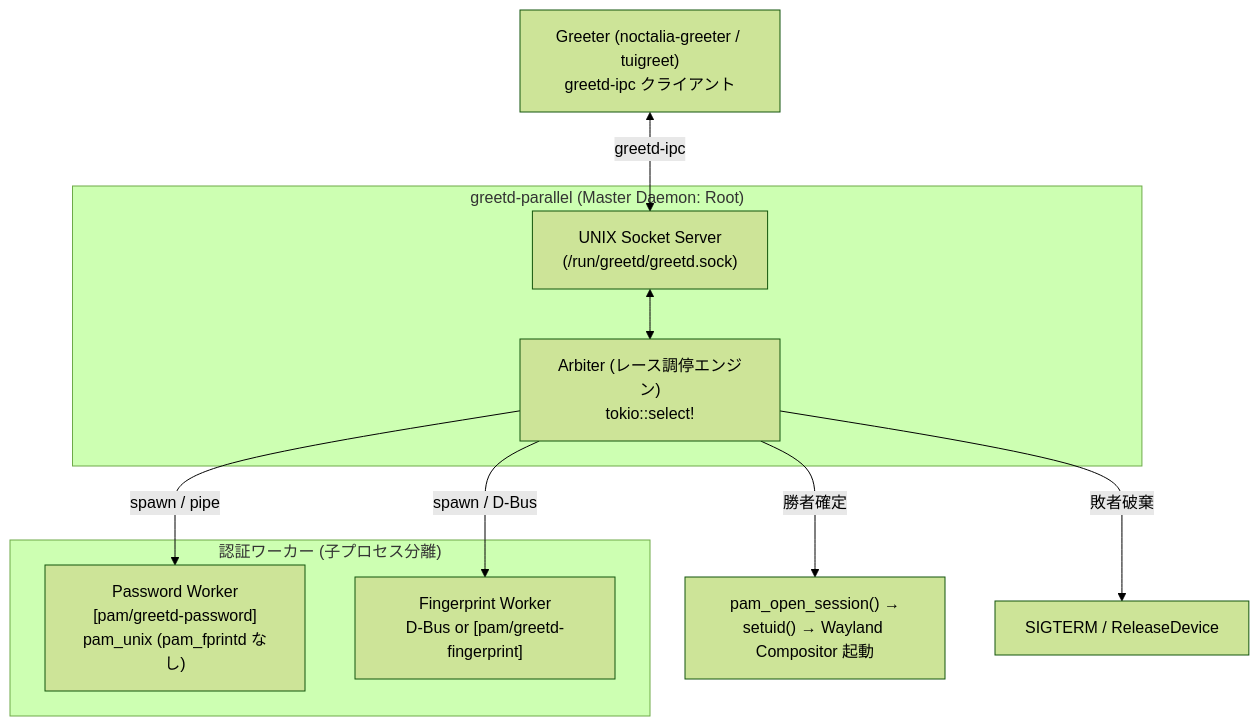
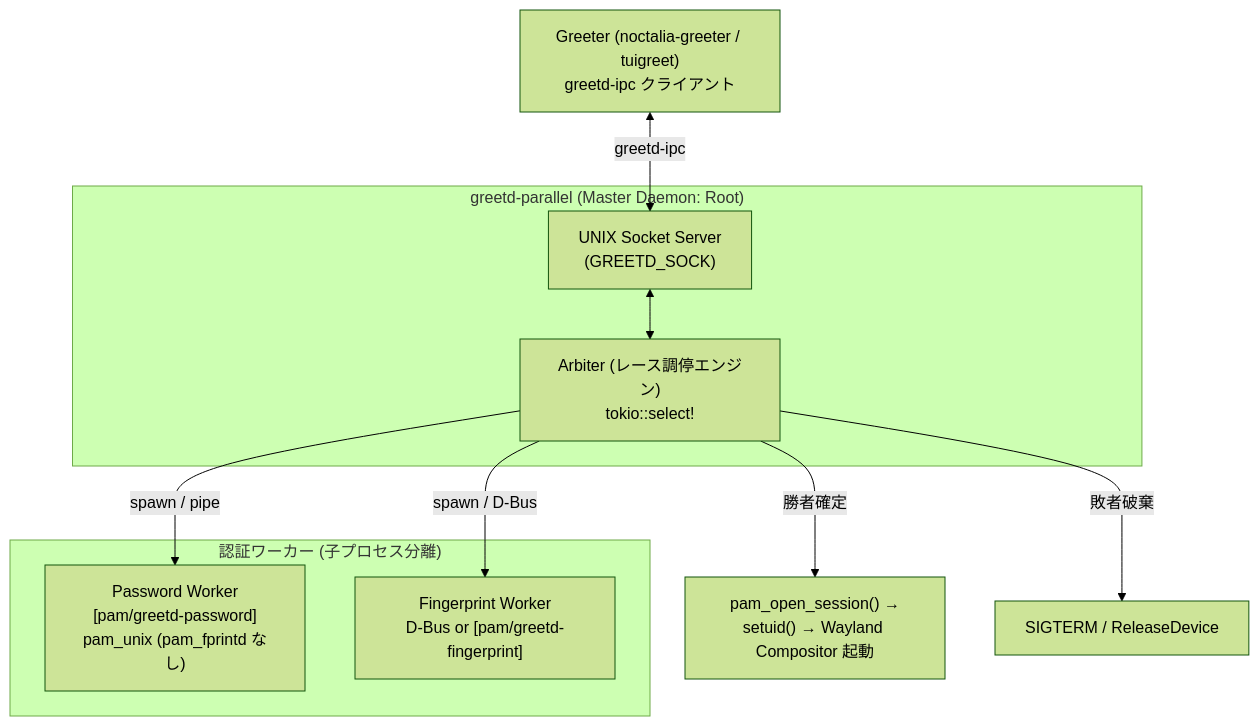
Before and after one commit to t3u-tsu/nix-config: the first of 2 diagrams in docs/research/greetd-parallel-design.md, drawn with Mermaid (forest theme). The commit also changed other lines of this file and 72 other files, not shown here.

````diff
--- a/docs/research/greetd-parallel-design.md
+++ b/docs/research/greetd-parallel-design.md
@@ -12,22 +12,22 @@
 ```mermaid
 flowchart TD
     G["Greeter (noctalia-greeter / tuigreet)<br/>greetd-ipc クライアント"]
-    
+
     subgraph Master ["greetd-parallel (Master Daemon: Root)"]
-        IPC["UNIX Socket Server<br/>(/run/greetd/greetd.sock)"]
+        IPC["UNIX Socket Server<br/>(GREETD_SOCK)"]
         ARB["Arbiter (レース調停エンジン)<br/>tokio::select!"]
     end
-    
+
     subgraph Workers ["認証ワーカー (子プロセス分離)"]
         PW["Password Worker<br/>[pam/greetd-password]<br/>pam_unix (pam_fprintd なし)"]
         FP["Fingerprint Worker<br/>D-Bus or [pam/greetd-fingerprint]"]
     end
-    
+
     G <-->|greetd-ipc| IPC
     IPC <--> ARB
     ARB -->|spawn / pipe| PW
     ARB -->|spawn / D-Bus| FP
-    
+
     ARB -->|勝者確定| SESS["pam_open_session() →<br/>setuid() → Wayland Compositor 起動"]
     ARB -->|敗者破棄| KILL["SIGTERM / ReleaseDevice"]
 ```
````
